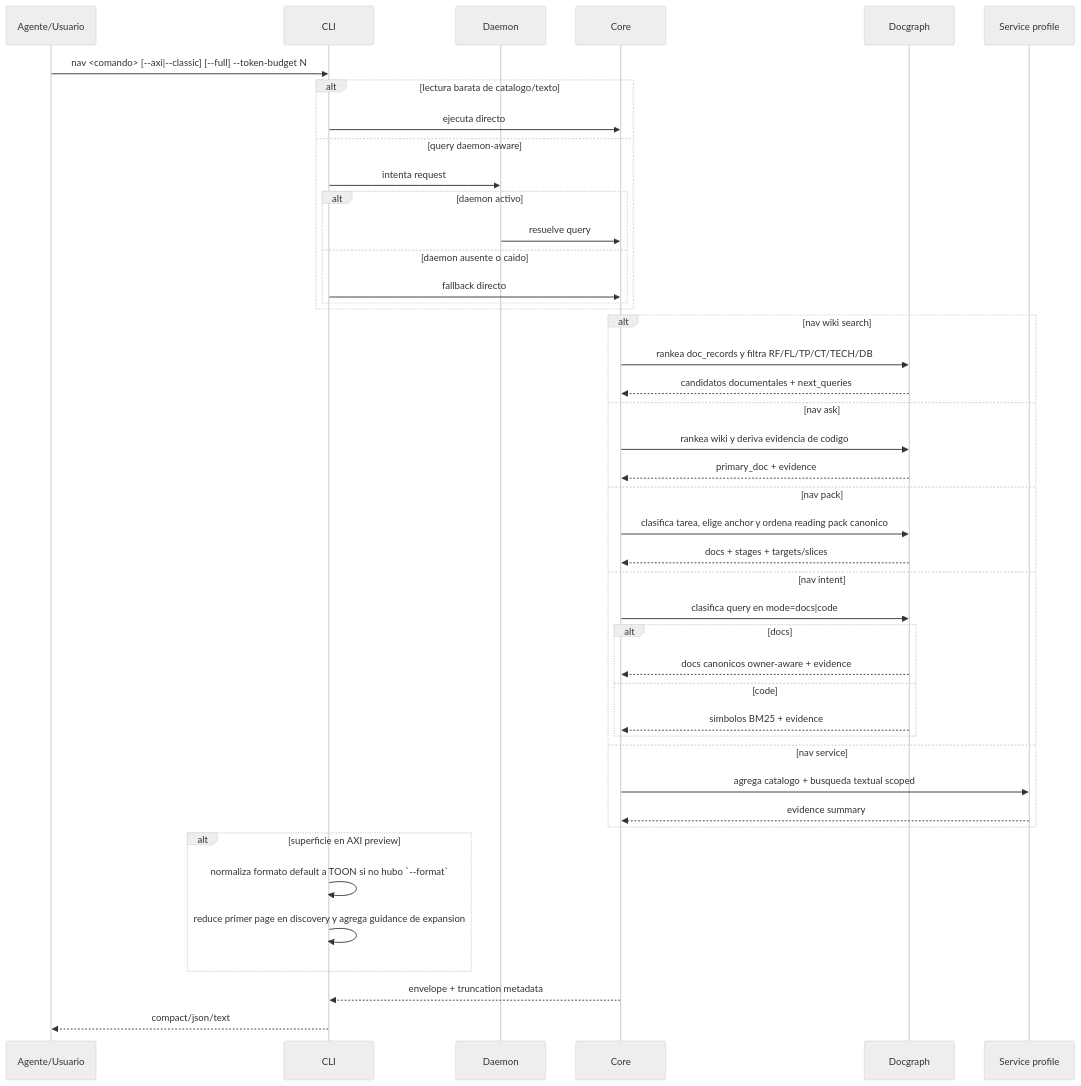
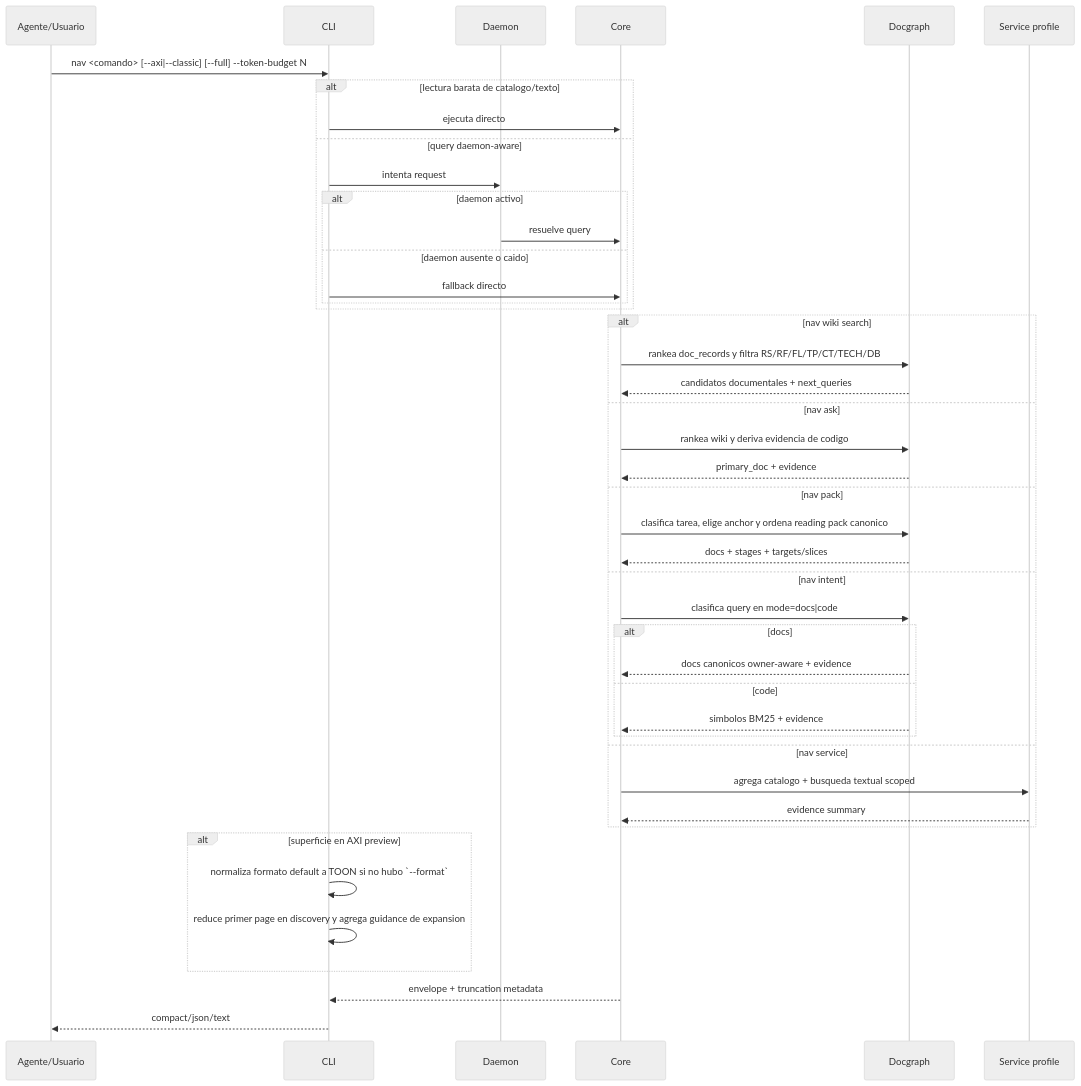
Before and after one commit to fgpaz/mi-lsp: the diagram in .docs/wiki/03_FL/FL-QRY-01.md, drawn with Mermaid (neutral theme). The commit also changed other lines of this file and 40 other files, not shown here.

````diff
--- a/.docs/wiki/03_FL/FL-QRY-01.md
+++ b/.docs/wiki/03_FL/FL-QRY-01.md
@@ -42,47 +42,47 @@
 ```mermaid
 sequenceDiagram
     participant A as Agente/Usuario
     participant CLI as CLI
     participant D as Daemon
     participant C as Core
     participant DG as Docgraph
     participant X as Service profile
 
     A->>CLI: nav <comando> [--axi|--classic] [--full] --token-budget N
     alt lectura barata de catalogo/texto
         CLI->>C: ejecuta directo
     else query daemon-aware
         CLI->>D: intenta request
         alt daemon activo
             D->>C: resuelve query
         else daemon ausente o caido
             CLI->>C: fallback directo
         end
     end
     alt nav wiki search
-        C->>DG: rankea doc_records y filtra RF/FL/TP/CT/TECH/DB
+        C->>DG: rankea doc_records y filtra RS/RF/FL/TP/CT/TECH/DB
         DG-->>C: candidatos documentales + next_queries
     else nav ask
         C->>DG: rankea wiki y deriva evidencia de codigo
         DG-->>C: primary_doc + evidence
     else nav pack
         C->>DG: clasifica tarea, elige anchor y ordena reading pack canonico
         DG-->>C: docs + stages + targets/slices
     else nav intent
         C->>DG: clasifica query en mode=docs|code
         alt docs
             DG-->>C: docs canonicos owner-aware + evidence
         else code
             DG-->>C: simbolos BM25 + evidence
         end
     else nav service
         C->>X: agrega catalogo + busqueda textual scoped
         X-->>C: evidence summary
     end
     alt superficie en AXI preview
         CLI->>CLI: normaliza formato default a TOON si no hubo `--format`
         CLI->>CLI: reduce primer page en discovery y agrega guidance de expansion
     end
     C-->>CLI: envelope + truncation metadata
     CLI-->>A: compact/json/text
 ```
````
